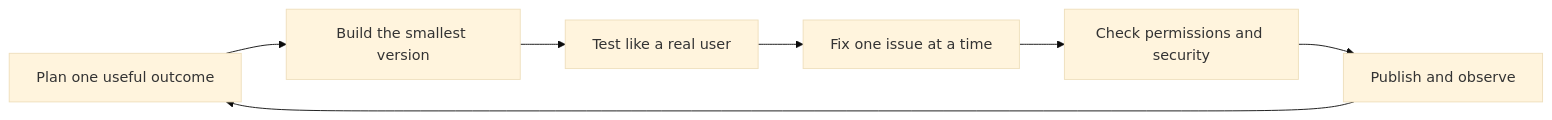
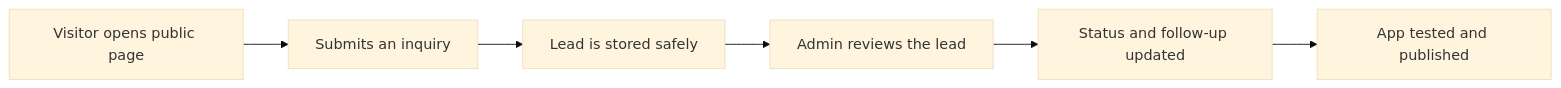
One commit to cporter202/vibe-coding-with-base44 changed the diagram in README.md. Above: the diagram before and after it, drawn with Mermaid (base theme). The commit also changed other lines of this file and 21 other files, not shown here.

````diff
--- a/README.md
+++ b/README.md
@@ -45,9 +41,8 @@
 ```mermaid
 flowchart LR
-    A["Plan one useful outcome"] --> B["Build the smallest version"]
-    B --> C["Test like a real user"]
-    C --> D["Fix one issue at a time"]
-    D --> E["Check permissions and security"]
-    E --> F["Publish and observe"]
-    F --> A
+    A["Visitor opens public page"] --> B["Submits an inquiry"]
+    B --> C["Lead is stored safely"]
+    C --> D["Admin reviews the lead"]
+    D --> E["Status and follow-up updated"]
+    E --> F["App tested and published"]
 ```
````
